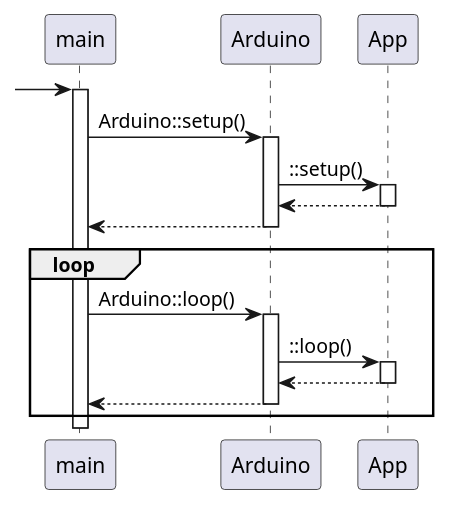
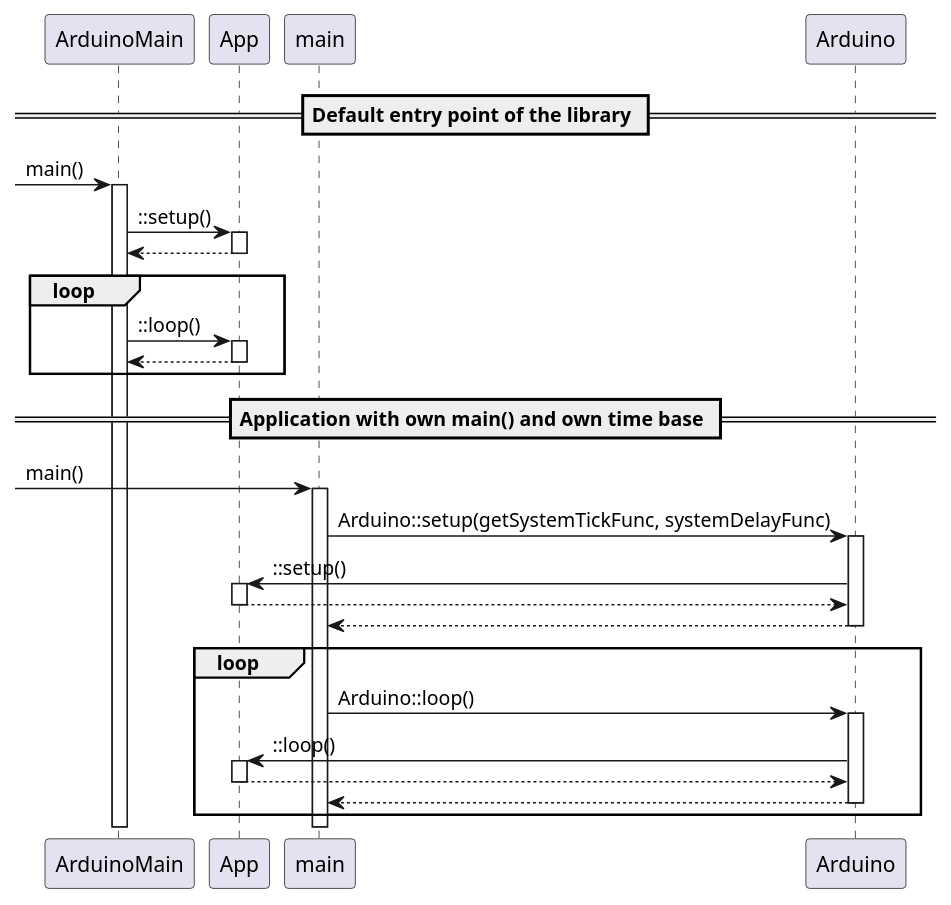
The diagram in doc/uml/DynamicFlow.plantuml (BlueAndi/ArduinoNative), drawn with PlantUML before and after one commit. The commit also changed 14 other files, not shown here.

```diff
--- a/doc/uml/DynamicFlow.plantuml
+++ b/doc/uml/DynamicFlow.plantuml
@@ -1,28 +1,43 @@
 @startuml DynamicFlow
 
 autoactivate on
 
-participant main
-participant Arduino
+participant ArduinoMain
 participant App
 
--> main
+== Default entry point of the library ==
 
-    main -> Arduino : Arduino::setup()
+-> ArduinoMain : main()
+
+    ArduinoMain -> App : ::setup()
+    ArduinoMain <-- App
+
+    loop
+        ArduinoMain -> App : ::loop()
+        ArduinoMain <-- App
+    end loop
+
+== Application with own main() and own time base ==
+
+participant "main" as AppMain
+participant Arduino
+
+-> AppMain : main()
+
+    AppMain -> Arduino : Arduino::setup(getSystemTickFunc, systemDelayFunc)
 
         Arduino ->  App :   ::setup()
         Arduino <-- App
 
-    main <-- Arduino
+    AppMain <-- Arduino
 
     loop
-        main -> Arduino : Arduino::loop()
+        AppMain -> Arduino : Arduino::loop()
 
             Arduino ->  App :   ::loop()
             Arduino <-- App
 
-        main <-- Arduino
+        AppMain <-- Arduino
     end loop
 
-
 @enduml
```
